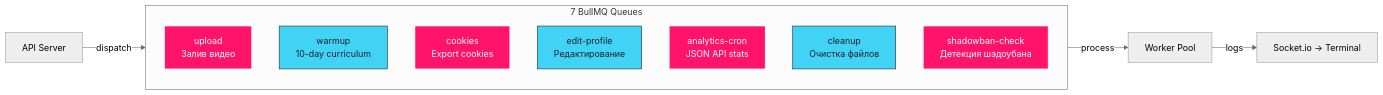
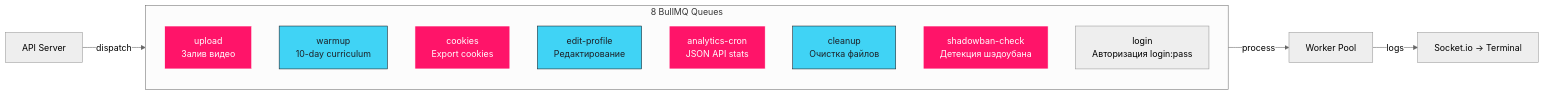
The fifth of 6 diagrams in README.md (simu-lacrum/melonitymedia), drawn with Mermaid (neutral theme) before and after one commit. The commit also changed other lines of this file and 39 other files, not shown here.

````diff
--- a/README.md
+++ b/README.md
@@ -375,24 +375,25 @@
 ```mermaid
 graph LR
-    subgraph Queues["7 BullMQ Queues"]
+    subgraph Queues["8 BullMQ Queues"]
         Q1["upload<br/>Залив видео"]
         Q2["warmup<br/>10-day curriculum"]
         Q3["cookies<br/>Export cookies"]
         Q4["edit-profile<br/>Редактирование"]
         Q5["analytics-cron<br/>JSON API stats"]
         Q6["cleanup<br/>Очистка файлов"]
         Q7["shadowban-check<br/>Детекция шэдоубана"]
+        Q8["login<br/>Авторизация login:pass"]
     end
 
     API[API Server] -->|dispatch| Queues
     Queues -->|process| WORKER[Worker Pool]
     WORKER -->|logs| SOCKET["Socket.io → Terminal"]
 
     style Q1 fill:#ff1469,stroke:#fff,color:#fff
     style Q2 fill:#40D3F5,stroke:#1c2026,color:#1c2026
     style Q3 fill:#ff1469,stroke:#fff,color:#fff
     style Q4 fill:#40D3F5,stroke:#1c2026,color:#1c2026
     style Q5 fill:#ff1469,stroke:#fff,color:#fff
     style Q6 fill:#40D3F5,stroke:#1c2026,color:#1c2026
     style Q7 fill:#ff1469,stroke:#fff,color:#fff
 ```
````
